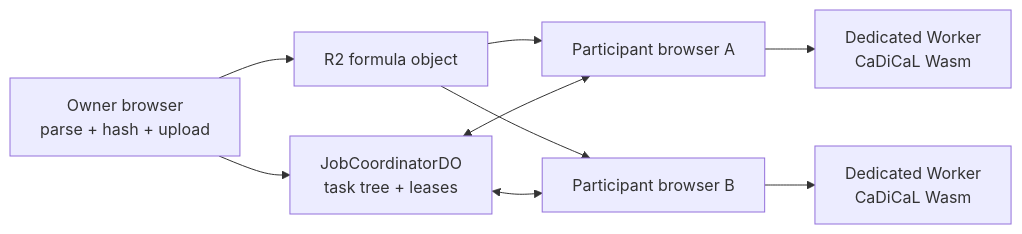
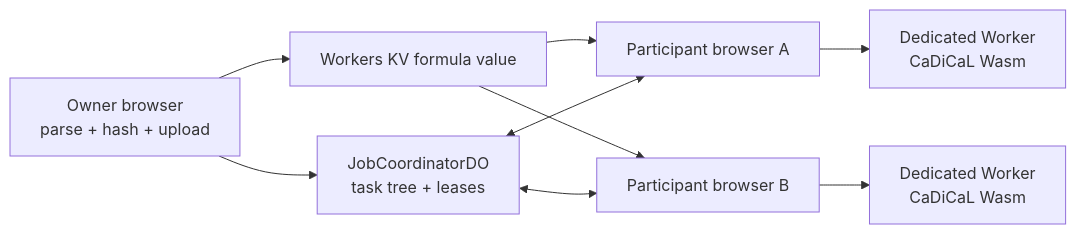
The diagram in docs/guide/README.md (LukeLawsonSoftware/hive-sat), drawn with Mermaid before and after one commit. The commit also changed other lines of this file and 30 other files, not shown here.

````diff
--- a/docs/guide/README.md
+++ b/docs/guide/README.md
@@ -24,11 +24,11 @@
 ```mermaid
 flowchart LR
-  A["Owner browser<br/>parse + hash + upload"] --> R2["R2 formula object"]
+  A["Owner browser<br/>parse + hash + upload"] --> KV["Workers KV formula value"]
   A --> JC["JobCoordinatorDO<br/>task tree + leases"]
-  R2 --> B1["Participant browser A"]
-  R2 --> B2["Participant browser B"]
+  KV --> B1["Participant browser A"]
+  KV --> B2["Participant browser B"]
   JC <--> B1
   JC <--> B2
   B1 --> W1["Dedicated Worker<br/>CaDiCaL Wasm"]
   B2 --> W2["Dedicated Worker<br/>CaDiCaL Wasm"]
 ```
````
